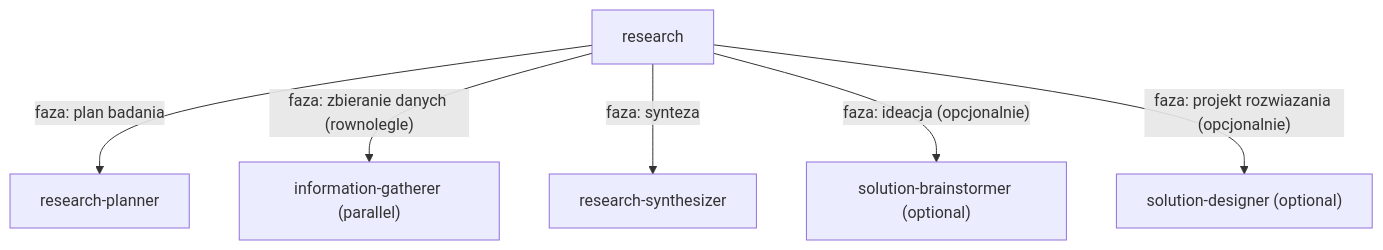
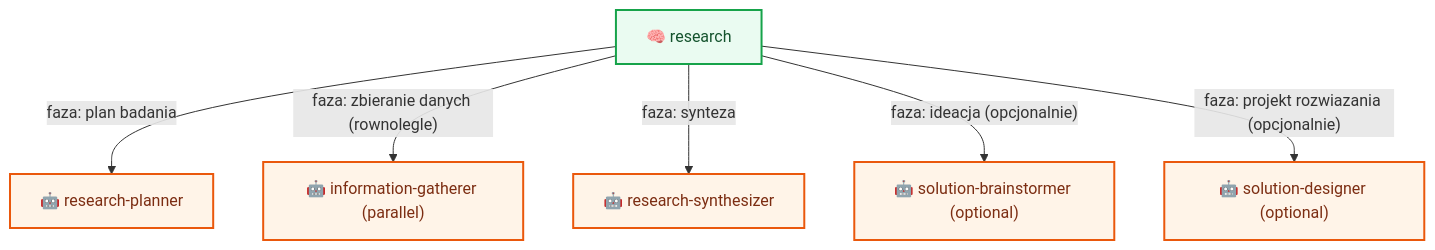
The sixth of 10 diagrams in docs/flow/workflows.md (plucins/flowbit), drawn with Mermaid before and after one commit. The commit also changed other lines of this file and 1 other file, not shown here.

Commit message:
Enhance mermaid diagrams with icons and improved formatting in overview and workflows documentation

````diff
--- a/docs/flow/workflows.md
+++ b/docs/flow/workflows.md
@@ -121,8 +150,13 @@
 ```mermaid
 graph TD
-  RES2["research"] -- "faza: plan badania" --> RPLAN["research-planner"]
-  RES2 -- "faza: zbieranie danych (rownolegle)" --> GATHER_R["information-gatherer (parallel)"]
-  RES2 -- "faza: synteza" --> SYN_R["research-synthesizer"]
-  RES2 -- "faza: ideacja (opcjonalnie)" --> BRAIN_R["solution-brainstormer (optional)"]
-  RES2 -- "faza: projekt rozwiazania (opcjonalnie)" --> DESIGN_R["solution-designer (optional)"]
+  RES2["🧠 research"] -- "faza: plan badania" --> RPLAN["🤖 research-planner"]
+  RES2 -- "faza: zbieranie danych (rownolegle)" --> GATHER_R["🤖 information-gatherer (parallel)"]
+  RES2 -- "faza: synteza" --> SYN_R["🤖 research-synthesizer"]
+  RES2 -- "faza: ideacja (opcjonalnie)" --> BRAIN_R["🤖 solution-brainstormer (optional)"]
+  RES2 -- "faza: projekt rozwiazania (opcjonalnie)" --> DESIGN_R["🤖 solution-designer (optional)"]
+
+  classDef skill fill:#EAFBF1,stroke:#16A34A,stroke-width:2px,color:#14532D;
+  classDef agent fill:#FFF4E8,stroke:#EA580C,stroke-width:2px,color:#7C2D12;
+  class RES2 skill;
+  class RPLAN,GATHER_R,SYN_R,BRAIN_R,DESIGN_R agent;
 ```
````
